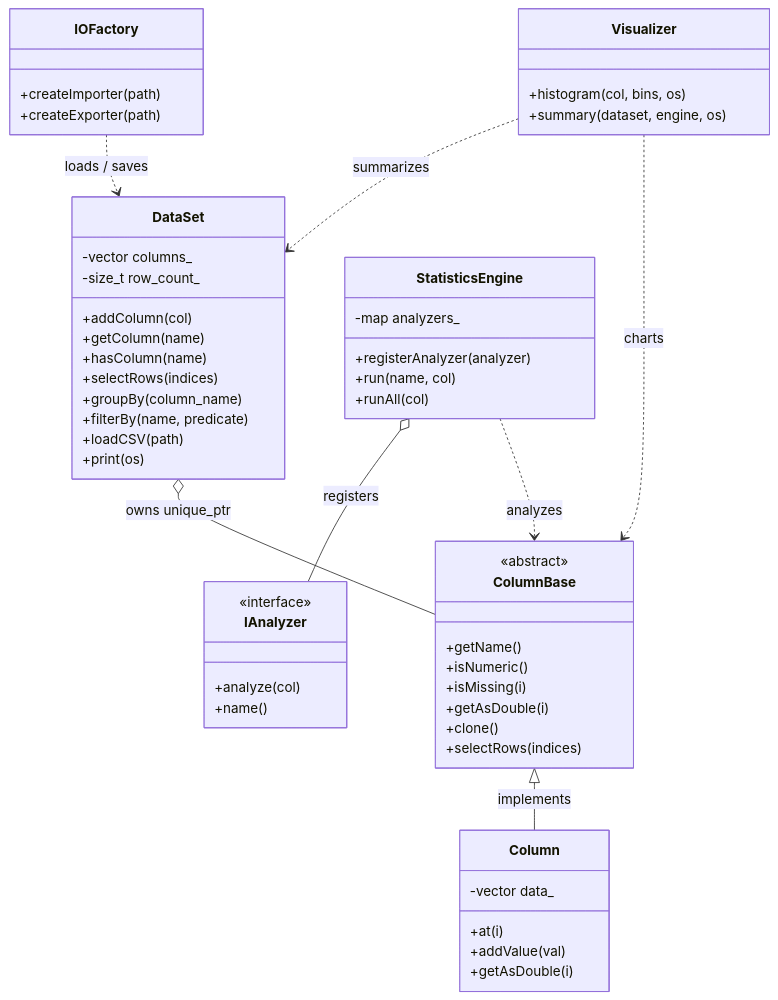
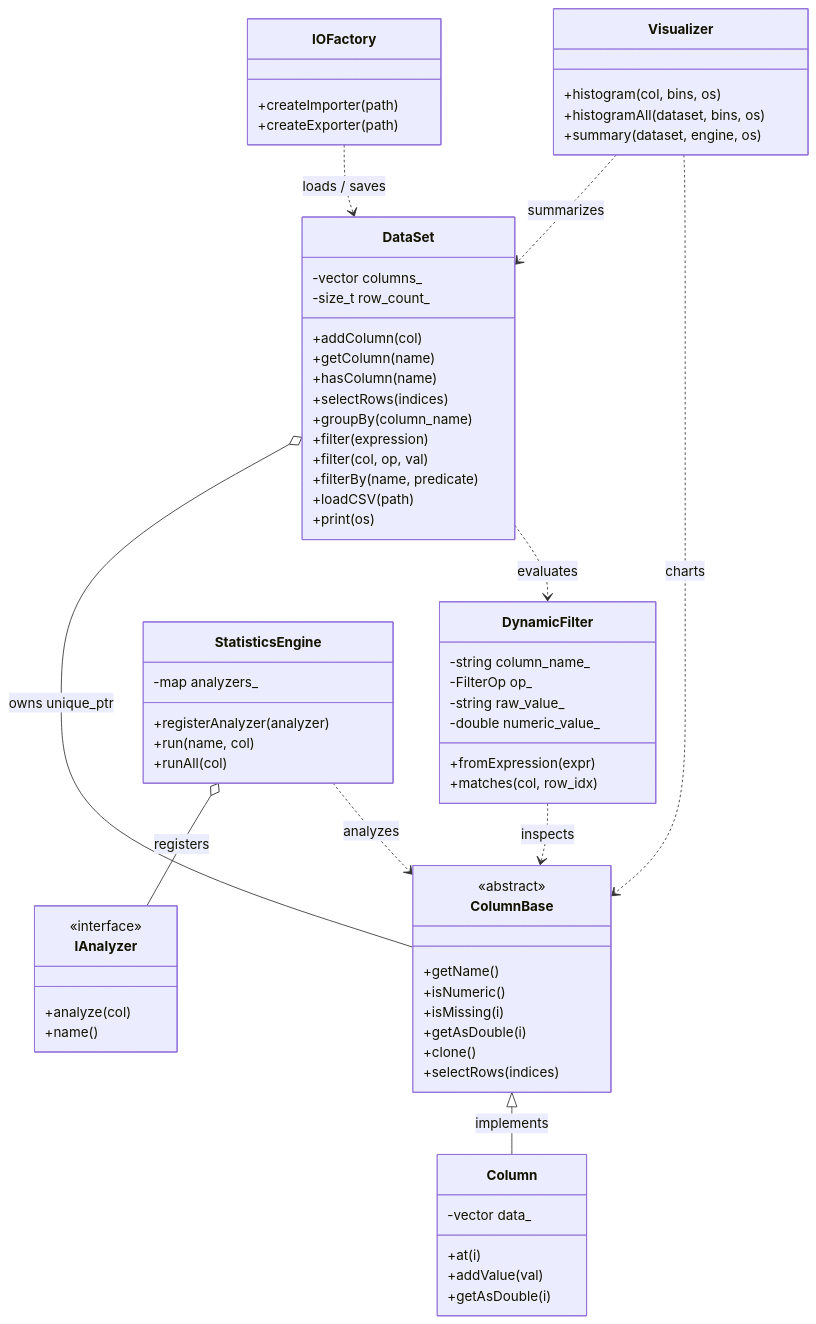
One commit to Soumya-Gupta7765/PPC_Data_Analytics_Library changed the diagram in README.md. Above: the diagram before and after it, drawn with Mermaid. The commit also changed other lines of this file and 8 other files, not shown here.

Commit message:
Add universal dynamic expression filtering, interactive CLI prompts, expanded analyzer edge case tests, and updated documentation

````diff
--- a/README.md
+++ b/README.md
@@ -108,63 +126,77 @@
 ```mermaid
 classDiagram
     class DataSet {
         -vector columns_
         -size_t row_count_
         +addColumn(col)
         +getColumn(name)
         +hasColumn(name)
         +selectRows(indices)
         +groupBy(column_name)
+        +filter(expression)
+        +filter(col, op, val)
         +filterBy(name, predicate)
         +loadCSV(path)
         +print(os)
+    }
+
+    class DynamicFilter {
+        -string column_name_
+        -FilterOp op_
+        -string raw_value_
+        -double numeric_value_
+        +fromExpression(expr)
+        +matches(col, row_idx)
     }
 
     class ColumnBase {
         <<abstract>>
         +getName()
         +isNumeric()
         +isMissing(i)
         +getAsDouble(i)
         +clone()
         +selectRows(indices)
     }
 
     class Column {
         -vector data_
         +at(i)
         +addValue(val)
         +getAsDouble(i)
     }
 
     class StatisticsEngine {
         -map analyzers_
         +registerAnalyzer(analyzer)
         +run(name, col)
         +runAll(col)
     }
 
     class IAnalyzer {
         <<interface>>
         +analyze(col)
         +name()
     }
 
     class IOFactory {
         +createImporter(path)
         +createExporter(path)
     }
 
     class Visualizer {
         +histogram(col, bins, os)
+        +histogramAll(dataset, bins, os)
         +summary(dataset, engine, os)
     }
 
     ColumnBase <|-- Column : implements
     DataSet o-- ColumnBase : owns unique_ptr
+    DataSet ..> DynamicFilter : evaluates
+    DynamicFilter ..> ColumnBase : inspects
     StatisticsEngine o-- IAnalyzer : registers
     StatisticsEngine ..> ColumnBase : analyzes
     Visualizer ..> DataSet : summarizes
     Visualizer ..> ColumnBase : charts
     IOFactory ..> DataSet : loads / saves
 ```
````
